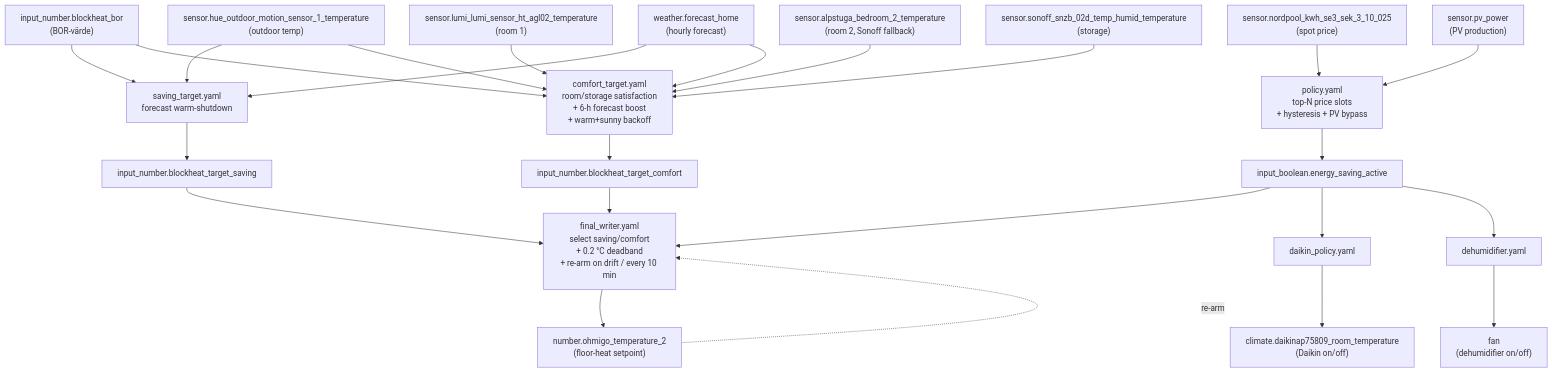
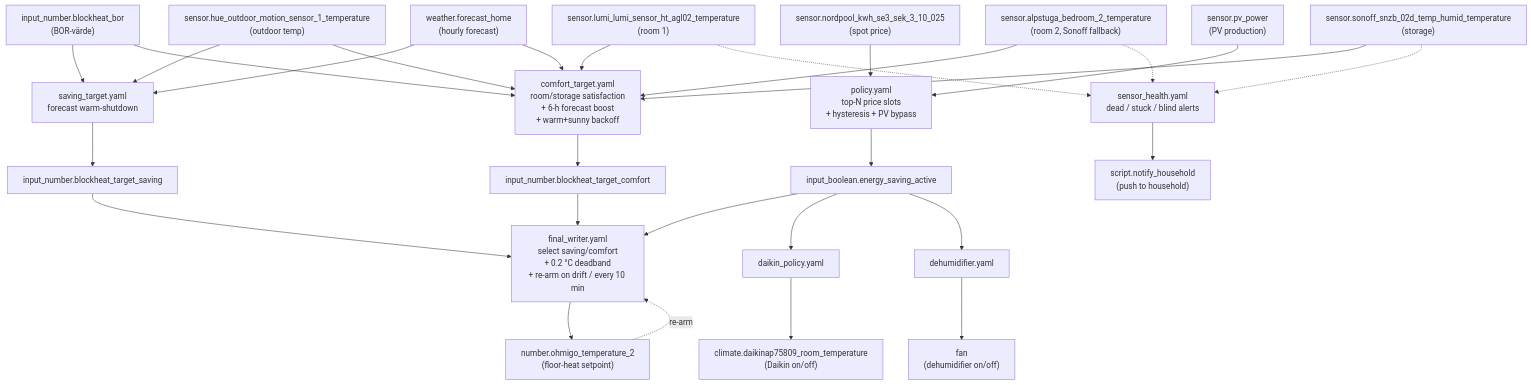
One commit to ohlsont/home-assistant-blueprints changed the diagram in automations/README.md. Above: the diagram before and after it, drawn with Mermaid. The commit also changed other lines of this file and 2 other files, not shown here.

First line of the commit message:
feat(sensor_health): alert when a Blockheat input sensor is dead or stuck

````diff
--- a/automations/README.md
+++ b/automations/README.md
@@ -16,43 +16,48 @@
 ```mermaid
 flowchart TD
     nordpool["sensor.nordpool_kwh_se3_sek_3_10_025\n(spot price)"]
     pv["sensor.pv_power\n(PV production)"]
     outdoor["sensor.hue_outdoor_motion_sensor_1_temperature\n(outdoor temp)"]
     room1["sensor.lumi_lumi_sensor_ht_agl02_temperature\n(room 1)"]
     room2["sensor.alpstuga_bedroom_2_temperature\n(room 2, Sonoff fallback)"]
     storage["sensor.sonoff_snzb_02d_temp_humid_temperature\n(storage)"]
     forecast["weather.forecast_home\n(hourly forecast)"]
 
     nordpool --> policy
     pv --> policy
     policy["policy.yaml\ntop-N price slots\n+ hysteresis + PV bypass"]
 
     policy --> flag["input_boolean.energy_saving_active"]
 
     bor["input_number.blockheat_bor\n(BOR-värde)"]
 
     bor --> saving_target
     outdoor --> saving_target["saving_target.yaml\nforecast warm-shutdown"]
     forecast --> saving_target
     saving_target --> ib_saving["input_number.blockheat_target_saving"]
 
     bor --> comfort_target
     outdoor --> comfort_target["comfort_target.yaml\nroom/storage satisfaction\n+ 6-h forecast boost\n+ warm+sunny backoff"]
     room1 --> comfort_target
     room2 --> comfort_target
     storage --> comfort_target
     forecast --> comfort_target
     comfort_target --> ib_comfort["input_number.blockheat_target_comfort"]
 
     flag --> final_writer["final_writer.yaml\nselect saving/comfort\n+ 0.2 °C deadband\n+ re-arm on drift / every 10 min"]
     ib_saving --> final_writer
     ib_comfort --> final_writer
     final_writer --> ohmigo["number.ohmigo_temperature_2\n(floor-heat setpoint)"]
     ohmigo -.re-arm.-> final_writer
 
     flag --> daikin_policy["daikin_policy.yaml"]
     daikin_policy --> daikin["climate.daikinap75809_room_temperature\n(Daikin on/off)"]
 
     flag --> dehumidifier["dehumidifier.yaml"]
     dehumidifier --> fan["fan\n(dehumidifier on/off)"]
+
+    room1 -.-> sensor_health["sensor_health.yaml\ndead / stuck / blind alerts"]
+    room2 -.-> sensor_health
+    storage -.-> sensor_health
+    sensor_health --> notify["script.notify_household\n(push to household)"]
 ```
````
